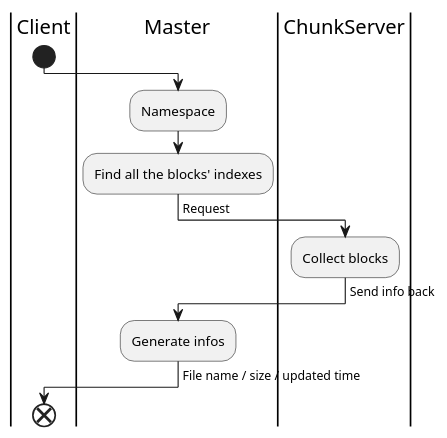
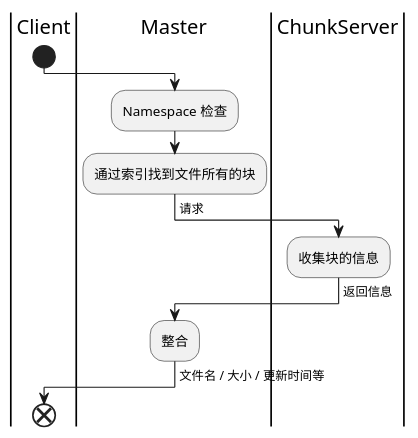
The diagram in src/Activity/section-list.wsd (sonderlau/UML-Lesson), drawn with PlantUML before and after one commit. The commit also changed 10 other files, not shown here.

```diff
--- a/src/Activity/section-list.wsd
+++ b/src/Activity/section-list.wsd
@@ -1,22 +1,22 @@
 @startuml "List"
 
 |Client|
 start
 
 |Master|
-:Namespace;
-:Find all the blocks' indexes;
+:Namespace 检查;
+:通过索引找到文件所有的块;
 
 |ChunkServer|
--> Request;
-:Collect blocks;
+-> 请求;
+:收集块的信息;
 
 |Master|
--> Send info back;
-:Generate infos;
+-> 返回信息;
+:整合;
 
 |Client|
--> File name / size / updated time;
+-> 文件名 / 大小 / 更新时间等;
 end
 
 @enduml
```
